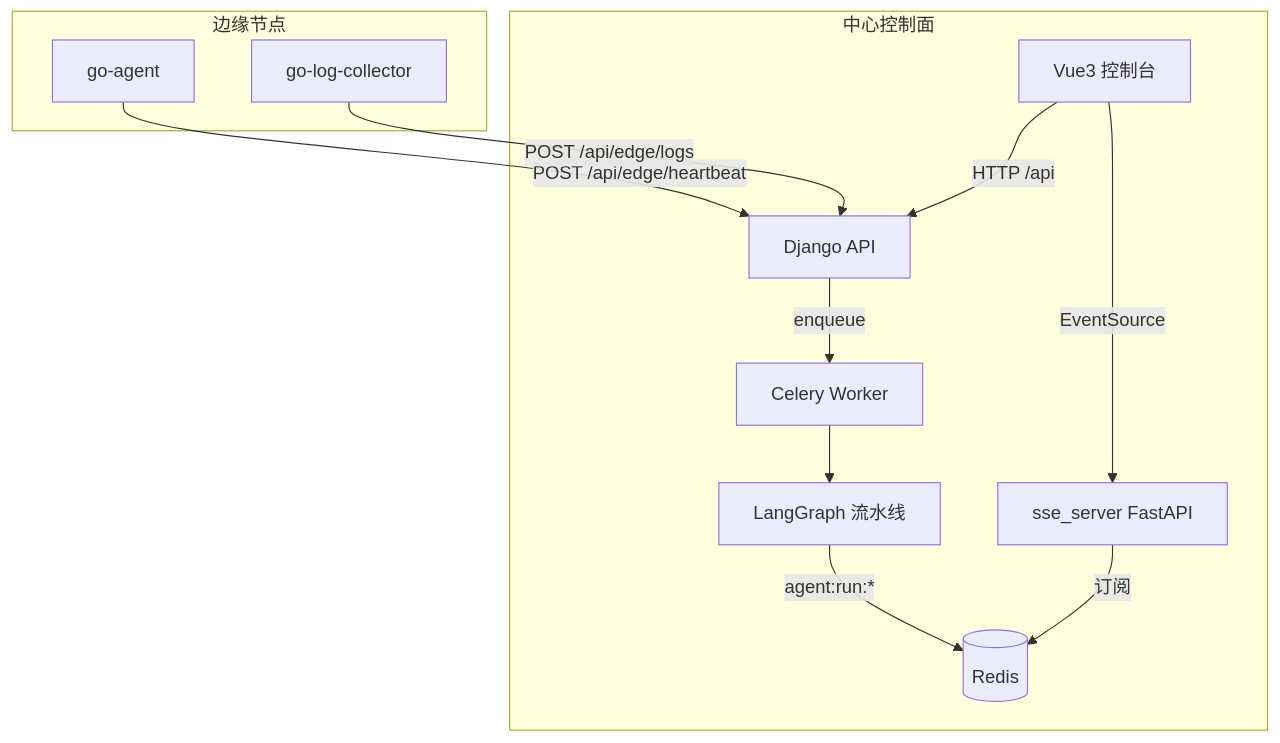
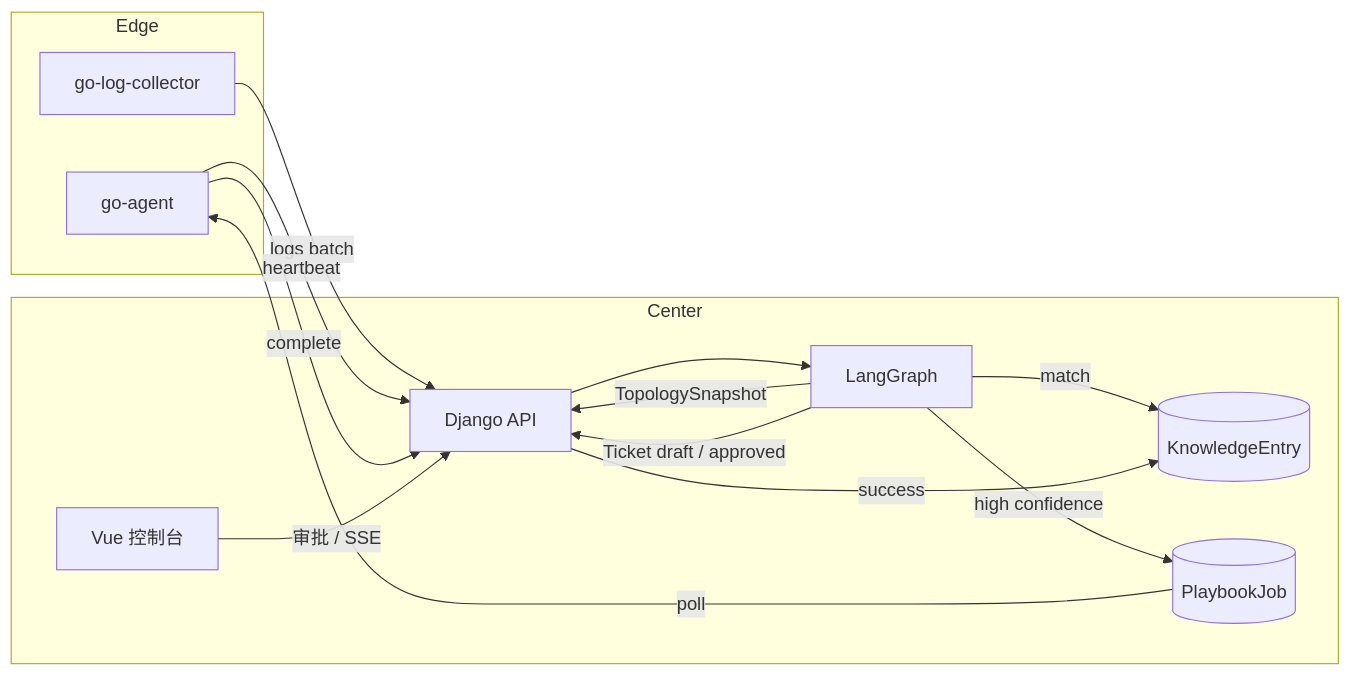
One commit to newsmallsprout/shark-Platform changed the diagram in README.md. Above: the diagram before and after it, drawn with Mermaid. The commit also changed other lines of this file and 34 other files, not shown here.

````diff
--- a/README.md
+++ b/README.md
@@ -44,23 +30,25 @@
 ```mermaid
-flowchart TB
-  subgraph Center["中心控制面"]
-    UI[Vue3 控制台]
-    DJ[Django API]
-    CE[Celery Worker]
-    LG[LangGraph 流水线]
-    RD[(Redis)]
-    SSE[sse_server FastAPI]
-  end
-  subgraph Edge["边缘节点"]
+flowchart LR
+  subgraph Edge
     GA[go-agent]
     GL[go-log-collector]
   end
-  UI -->|HTTP /api| DJ
-  UI -->|EventSource| SSE
-  DJ -->|enqueue| CE
-  CE --> LG
-  LG -->|agent:run:*| RD
-  SSE -->|订阅| RD
-  GA -->|POST /api/edge/heartbeat| DJ
-  GL -->|POST /api/edge/logs| DJ
+  subgraph Center
+    DJ[Django API]
+    LG[LangGraph]
+    KB[(KnowledgeEntry)]
+    PB[(PlaybookJob)]
+    UI[Vue 控制台]
+  end
+  GL -->|logs batch| DJ
+  GA -->|heartbeat| DJ
+  DJ --> LG
+  LG -->|TopologySnapshot| DJ
+  LG -->|match| KB
+  LG -->|Ticket draft / approved| DJ
+  LG -->|high confidence| PB
+  PB -->|poll| GA
+  GA -->|complete| DJ
+  DJ -->|success| KB
+  UI -->|审批 / SSE| DJ
 ```
````
